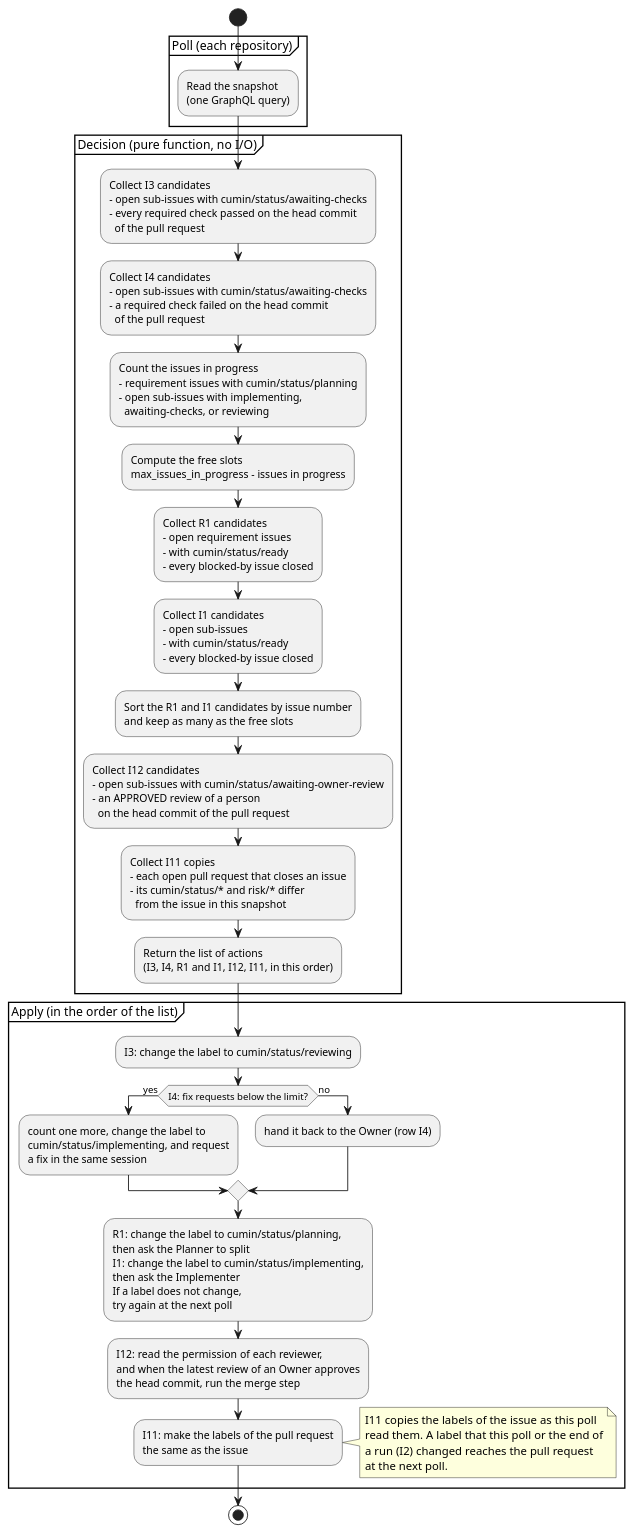
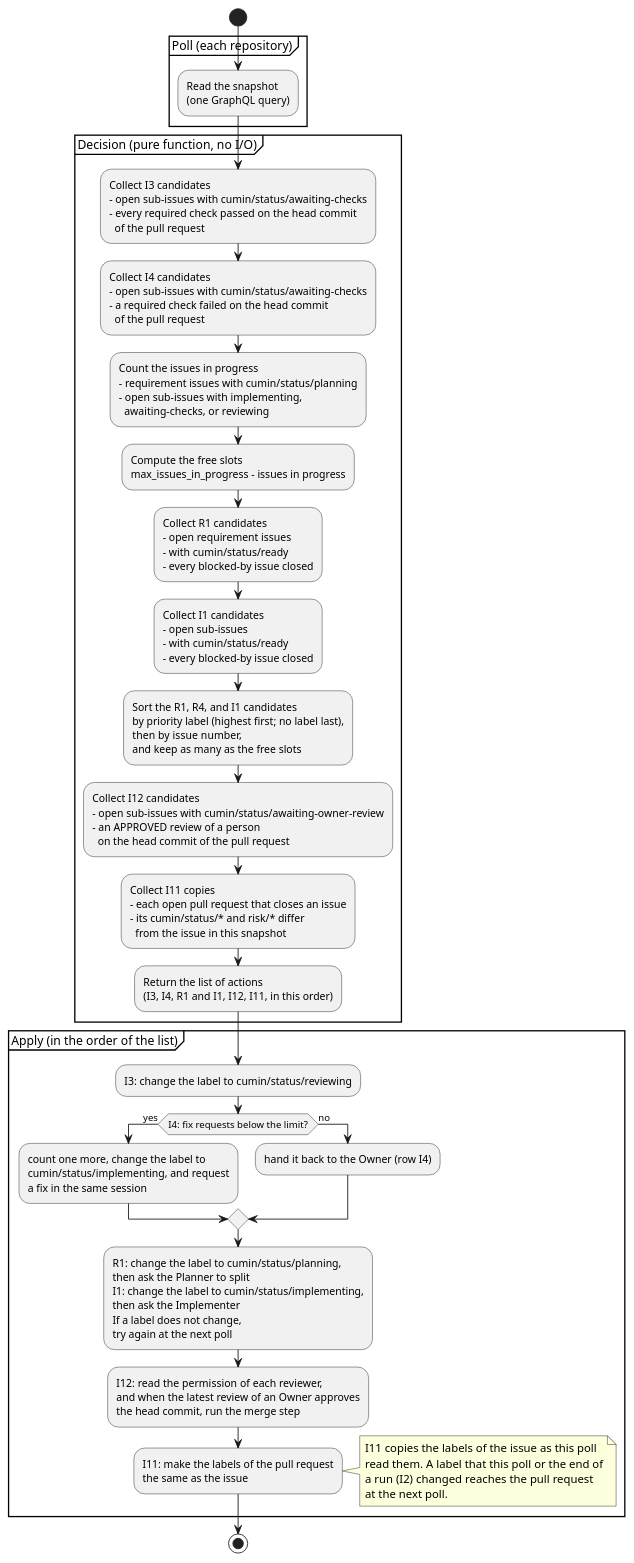
One commit to cloveclovedev/cumin-works changed the diagram in docs/ja/designs/poll-decide.puml. Above: the diagram before and after it, drawn with PlantUML. The commit also changed 23 other files, not shown here.

```diff
--- a/docs/ja/designs/poll-decide.puml
+++ b/docs/ja/designs/poll-decide.puml
@@ -1,77 +1,79 @@
 @startuml poll-decide
 ' cumin works - the decision of a poll: from a snapshot to a list of actions.
 ' The row numbers (I1 and so on) are the rows of issue-states.md.
 ' Render: run scripts/render-diagrams.sh at the root of the repository.
 skinparam shadowing false
 skinparam defaultFontName sans-serif
 
 start
 partition "Poll (each repository)" {
   :Read the snapshot
   (one GraphQL query);
 }
 partition "Decision (pure function, no I/O)" {
   :Collect I3 candidates
   - open sub-issues with cumin/status/awaiting-checks
   - every required check passed on the head commit
     of the pull request;
   :Collect I4 candidates
   - open sub-issues with cumin/status/awaiting-checks
   - a required check failed on the head commit
     of the pull request;
   :Count the issues in progress
   - requirement issues with cumin/status/planning
   - open sub-issues with implementing,
     awaiting-checks, or reviewing;
   :Compute the free slots
   max_issues_in_progress - issues in progress;
   :Collect R1 candidates
   - open requirement issues
   - with cumin/status/ready
   - every blocked-by issue closed;
   :Collect I1 candidates
   - open sub-issues
   - with cumin/status/ready
   - every blocked-by issue closed;
-  :Sort the R1 and I1 candidates by issue number
+  :Sort the R1, R4, and I1 candidates
+  by priority label (highest first; no label last),
+  then by issue number,
   and keep as many as the free slots;
   :Collect I12 candidates
   - open sub-issues with cumin/status/awaiting-owner-review
   - an APPROVED review of a person
     on the head commit of the pull request;
   :Collect I11 copies
   - each open pull request that closes an issue
   - its cumin/status/* and risk/* differ
     from the issue in this snapshot;
   :Return the list of actions
   (I3, I4, R1 and I1, I12, I11, in this order);
 }
 partition "Apply (in the order of the list)" {
   :I3: change the label to cumin/status/reviewing;
   if (I4: fix requests below the limit?) then (yes)
     :count one more, change the label to
     cumin/status/implementing, and request
     a fix in the same session;
   else (no)
     :hand it back to the Owner (row I4);
   endif
   :R1: change the label to cumin/status/planning,
   then ask the Planner to split
   I1: change the label to cumin/status/implementing,
   then ask the Implementer
   If a label does not change,
   try again at the next poll;
   :I12: read the permission of each reviewer,
   and when the latest review of an Owner approves
   the head commit, run the merge step;
   :I11: make the labels of the pull request
   the same as the issue;
 }
 note right
   I11 copies the labels of the issue as this poll
   read them. A label that this poll or the end of
   a run (I2) changed reaches the pull request
   at the next poll.
 end note
 stop
 @enduml
```
